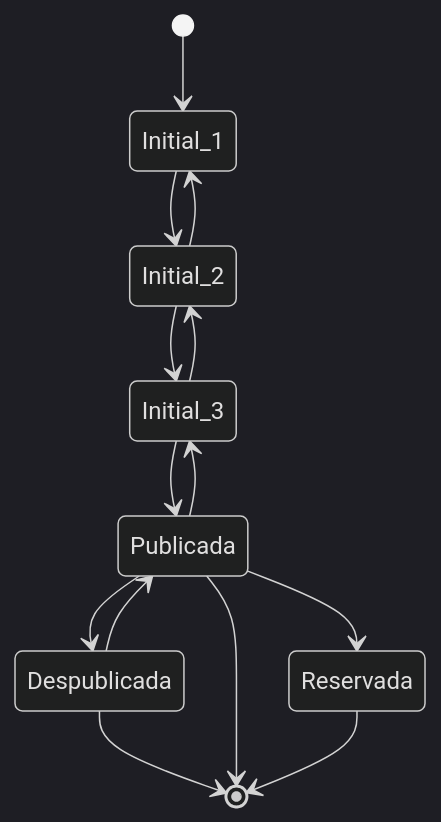
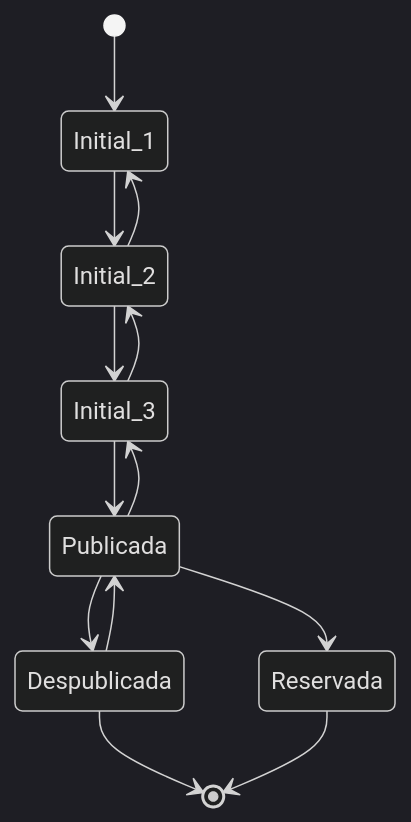
One commit to Gabirojas1/AplicacionesDistributivasBackEndTPO changed the first of 3 diagrams in README.md. Above: the diagram before and after it, drawn with Mermaid (dark theme). The commit also changed other lines of this file, not shown here.

````diff
--- a/README.md
+++ b/README.md
@@ -99,16 +99,15 @@
 ```mermaid
 stateDiagram-v2
 [*] --> Initial_1
 Initial_1 --> Initial_2
 Initial_2 --> Initial_1
 Initial_2 --> Initial_3
 Initial_3 --> Initial_2
 Initial_3 --> Publicada
 Publicada --> Initial_3
 Publicada --> Despublicada
 Publicada --> Reservada
 Despublicada --> Publicada
 Despublicada --> [*]
-Publicada --> [*]
 Reservada --> [*]
 ```
````
